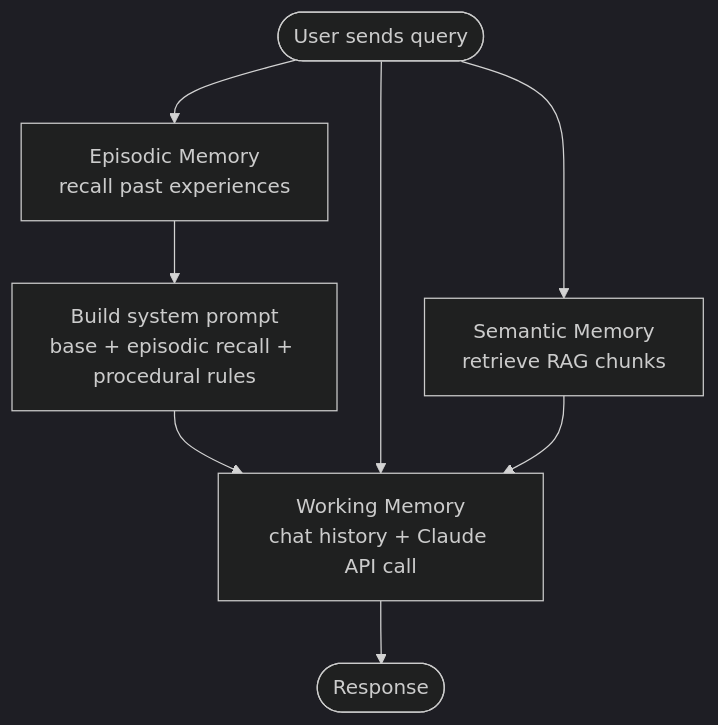
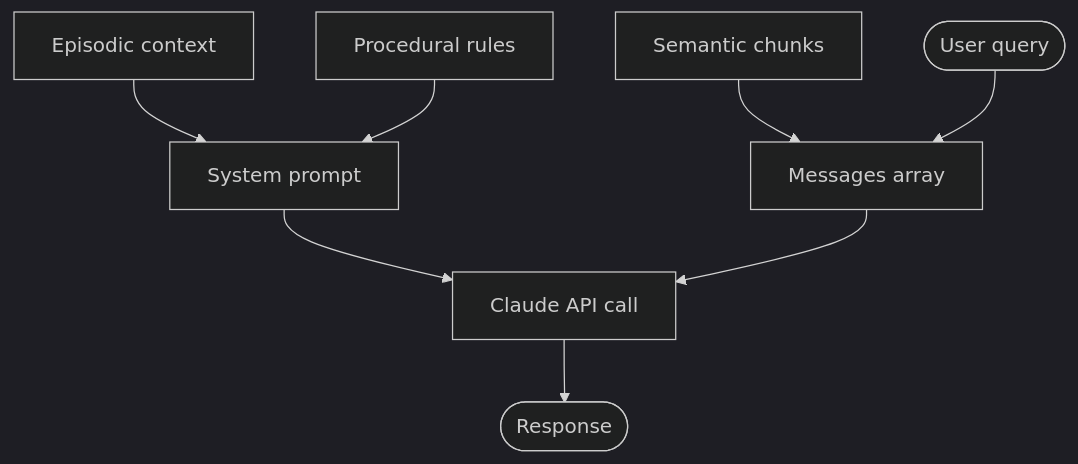
One commit to apattichis/cognitive-memory-agent changed the second of 5 diagrams in ARCHITECTURE.md. Above: the diagram before and after it, drawn with Mermaid (dark theme). The commit also changed other lines of this file and 12 other files, not shown here.

````diff
--- a/ARCHITECTURE.md
+++ b/ARCHITECTURE.md
@@ -16,13 +30,13 @@
 ```mermaid
 flowchart TD
-    Q([User sends query]) --> EP[Episodic Memory<br/>recall past experiences]
-    Q --> SEM[Semantic Memory<br/>retrieve RAG chunks]
+    EP[Episodic context] --> SYS[System prompt]
+    PROC[Procedural rules] --> SYS
 
-    EP --> SYS[Build system prompt<br/>base + episodic recall + procedural rules]
+    SEM[Semantic chunks] --> MSG[Messages array]
+    Q([User query]) --> MSG
 
-    SYS --> WM[Working Memory<br/>chat history + Claude API call]
-    Q --> WM
-    SEM --> WM
+    SYS --> API[Claude API call]
+    MSG --> API
 
-    WM --> R([Response])
+    API --> R([Response])
 ```
````
